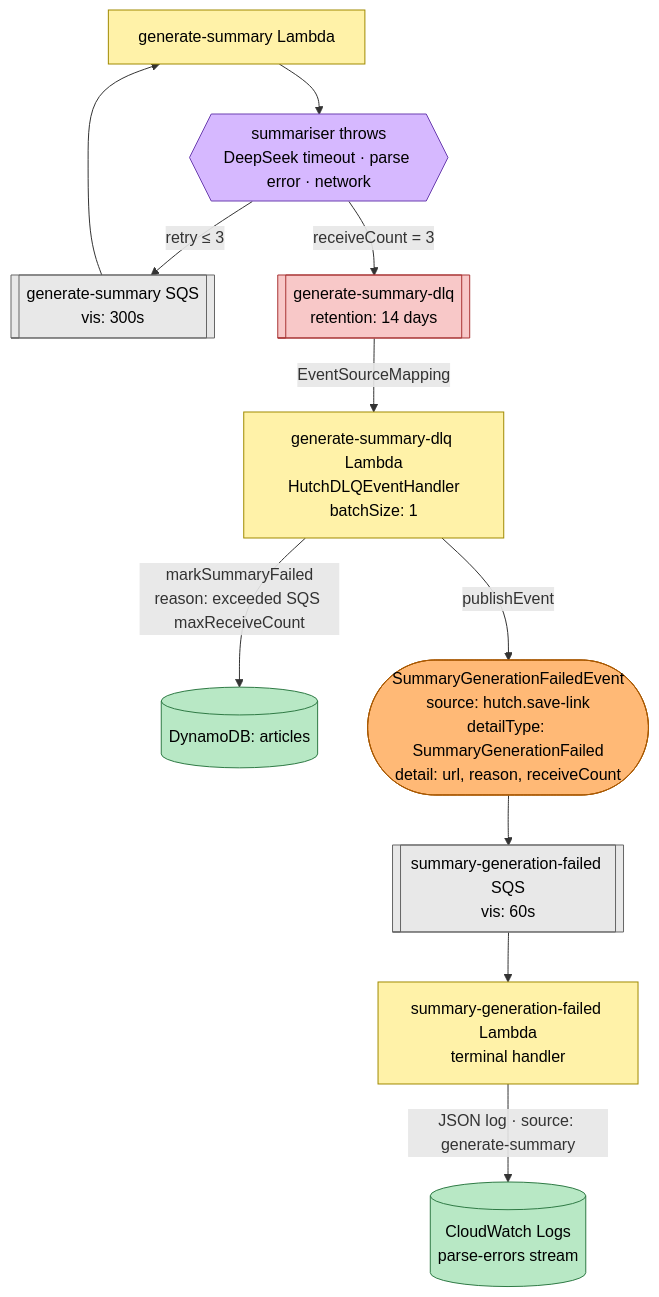
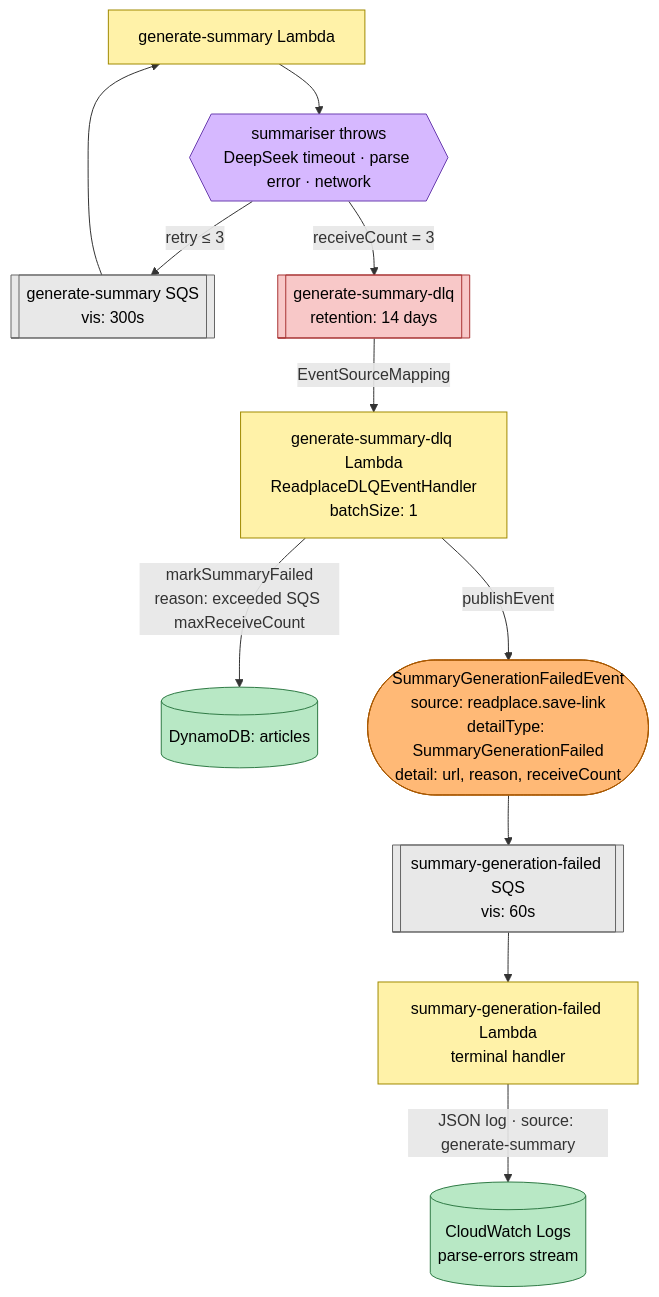
Before and after one commit to HutchApp/hutch-app: the third of 4 diagrams in .architecture/2026-04-20-52017f3/summary-generation-pipeline.md, drawn with Mermaid. The commit also changed other lines of this file and 17 other files, not shown here.

Commit message:
docs: rename hutch to readplace across skills and md files

````diff
--- a/.architecture/2026-04-20-52017f3/summary-generation-pipeline.md
+++ b/.architecture/2026-04-20-52017f3/summary-generation-pipeline.md
@@ -128,35 +128,35 @@
 ```mermaid
 flowchart TD
     generateLambda[generate-summary Lambda]:::system
     throw{{summariser throws<br/>DeepSeek timeout · parse error · network}}:::policy
     generateQ[[generate-summary SQS<br/>vis: 300s]]:::queue
     generateDlq[[generate-summary-dlq<br/>retention: 14 days]]:::dlq
 
     generateLambda --> throw
     throw -- retry &le; 3 --> generateQ
     generateQ --> generateLambda
     throw -- receiveCount = 3 --> generateDlq
 
-    dlqLambda[generate-summary-dlq Lambda<br/>HutchDLQEventHandler<br/>batchSize: 1]:::system
+    dlqLambda[generate-summary-dlq Lambda<br/>ReadplaceDLQEventHandler<br/>batchSize: 1]:::system
     articlesTable[(DynamoDB: articles)]:::store
     generateDlq -- EventSourceMapping --> dlqLambda
     dlqLambda -- markSummaryFailed<br/>reason: exceeded SQS maxReceiveCount --> articlesTable
 
-    summaryFailedEvt([SummaryGenerationFailedEvent<br/>source: hutch.save-link<br/>detailType: SummaryGenerationFailed<br/>detail: url, reason, receiveCount]):::event
+    summaryFailedEvt([SummaryGenerationFailedEvent<br/>source: readplace.save-link<br/>detailType: SummaryGenerationFailed<br/>detail: url, reason, receiveCount]):::event
     dlqLambda -- publishEvent --> summaryFailedEvt
 
     summaryFailedQ[[summary-generation-failed SQS<br/>vis: 60s]]:::queue
     summaryFailedLambda[summary-generation-failed Lambda<br/>terminal handler]:::system
     parseErrorLog[(CloudWatch Logs<br/>parse-errors stream)]:::store
 
     summaryFailedEvt --> summaryFailedQ --> summaryFailedLambda
     summaryFailedLambda -- JSON log · source: generate-summary --> parseErrorLog
 
     classDef command fill:#a6d8ff,stroke:#1e6fb8,color:#000
     classDef system fill:#fff2a8,stroke:#a08a00,color:#000
     classDef event fill:#ffb976,stroke:#a85800,color:#000
     classDef policy fill:#d6b8ff,stroke:#6b3fb0,color:#000
     classDef store fill:#b8e8c5,stroke:#2f7a45,color:#000
     classDef queue fill:#e8e8e8,stroke:#666,color:#000
     classDef dlq fill:#f8c8c8,stroke:#a83434,color:#000
 ```
````
